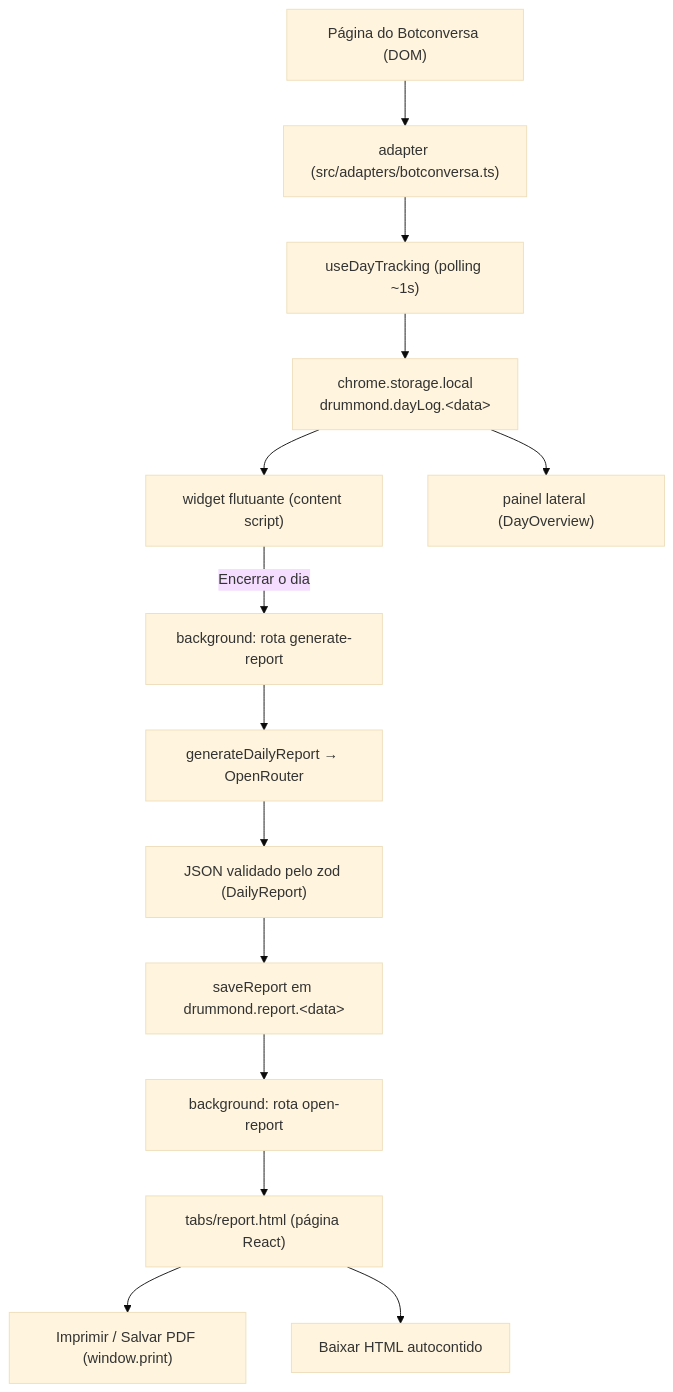
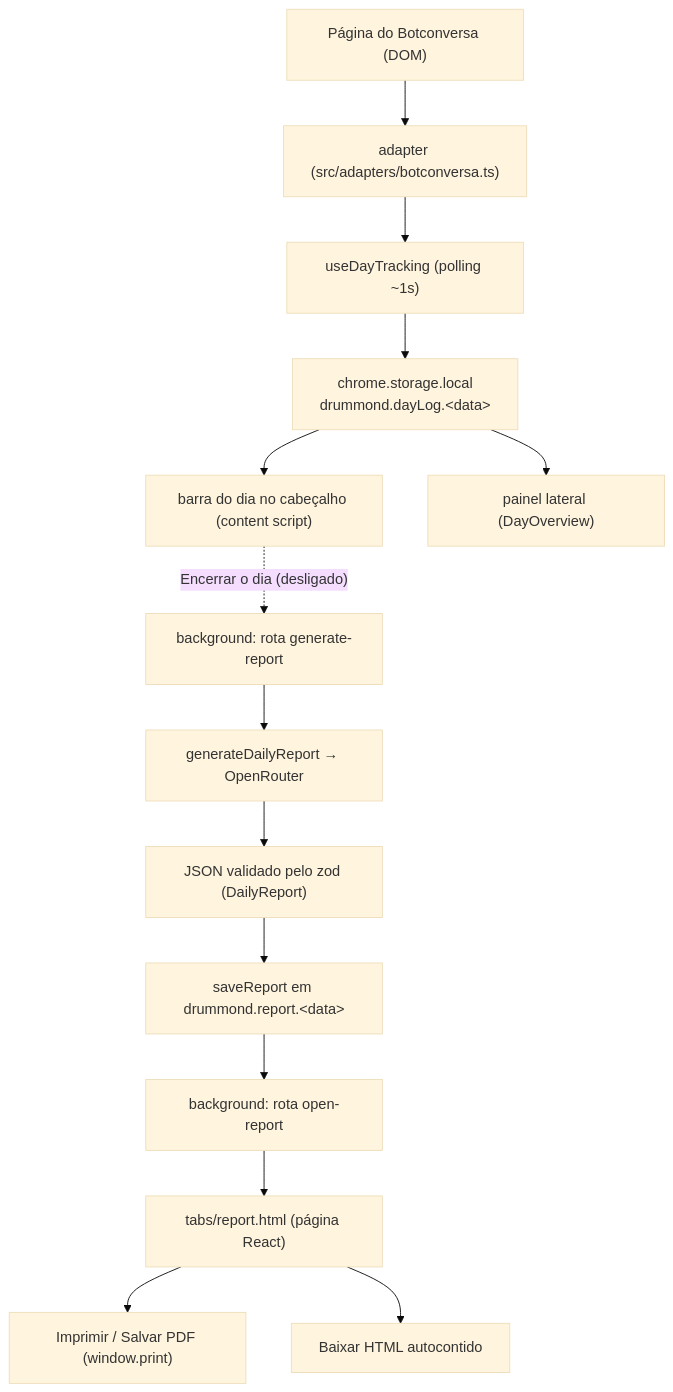
The diagram in docs/architecture/tracking-e-relatorio-diario.md (Bisi-Works/drummond), drawn with Mermaid (base theme) before and after one commit. The commit also changed other lines of this file and 22 other files, not shown here.

First line of the commit message:
Barra do dia no cabeçalho do Botconversa e Pitaco que empurra a página

````diff
--- a/docs/architecture/tracking-e-relatorio-diario.md
+++ b/docs/architecture/tracking-e-relatorio-diario.md
@@ -36,16 +36,16 @@
 ```mermaid
 flowchart TD
   A["Página do Botconversa (DOM)"] --> B["adapter (src/adapters/botconversa.ts)"]
   B --> C["useDayTracking (polling ~1s)"]
   C --> D["chrome.storage.local<br/>drummond.dayLog.&lt;data&gt;"]
-  D --> E["widget flutuante (content script)"]
+  D --> E["barra do dia no cabeçalho (content script)"]
   D --> F["painel lateral (DayOverview)"]
-  E -- "Encerrar o dia" --> G["background: rota generate-report"]
+  E -. "Encerrar o dia (desligado)" .-> G["background: rota generate-report"]
   G --> H["generateDailyReport → OpenRouter"]
   H --> I["JSON validado pelo zod (DailyReport)"]
   I --> J["saveReport em drummond.report.&lt;data&gt;"]
   J --> K["background: rota open-report"]
   K --> L["tabs/report.html (página React)"]
   L --> M["Imprimir / Salvar PDF (window.print)"]
   L --> N["Baixar HTML autocontido"]
 ```
````
